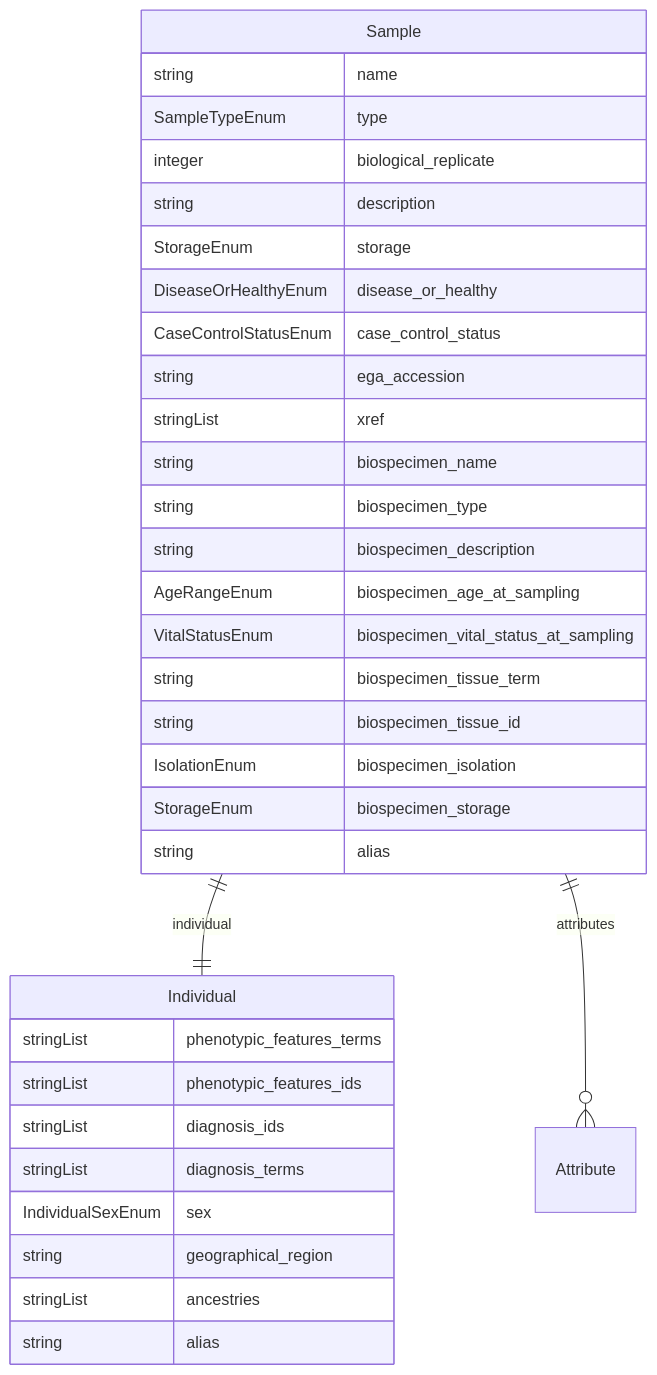
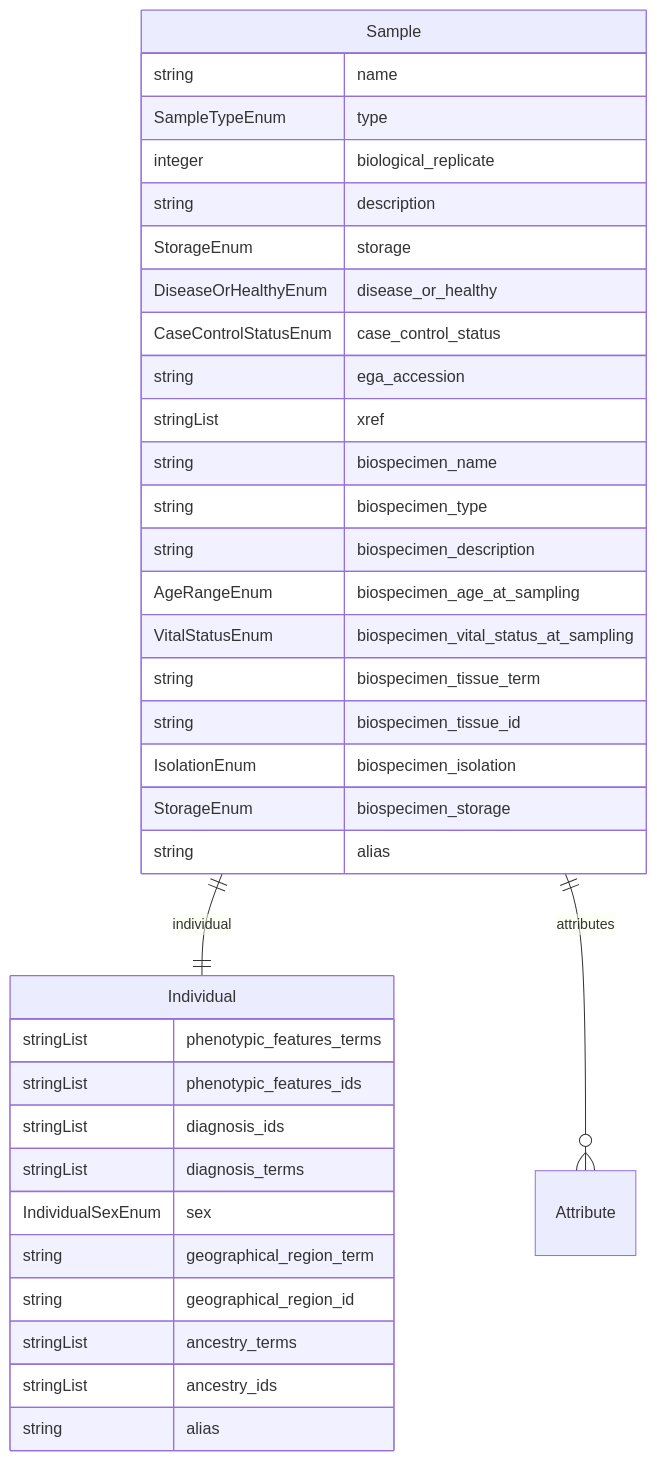
The fourth of 5 diagrams in docs/entity_relations.md (ghga-de/ghga-metadata-schema), drawn with Mermaid before and after one commit. The commit also changed other lines of this file and 30 other files, not shown here.

````diff
--- a/docs/entity_relations.md
+++ b/docs/entity_relations.md
@@ -171,38 +171,40 @@
 ```mermaid
 erDiagram
 Individual {
     stringList phenotypic_features_terms  
     stringList phenotypic_features_ids  
     stringList diagnosis_ids  
     stringList diagnosis_terms  
     IndividualSexEnum sex  
-    string geographical_region  
-    stringList ancestries  
+    string geographical_region_term  
+    string geographical_region_id  
+    stringList ancestry_terms  
+    stringList ancestry_ids  
     string alias  
 }
 Sample {
     string name  
     SampleTypeEnum type  
     integer biological_replicate  
     string description  
     StorageEnum storage  
     DiseaseOrHealthyEnum disease_or_healthy  
     CaseControlStatusEnum case_control_status  
     string ega_accession  
     stringList xref  
     string biospecimen_name  
     string biospecimen_type  
     string biospecimen_description  
     AgeRangeEnum biospecimen_age_at_sampling  
     VitalStatusEnum biospecimen_vital_status_at_sampling  
     string biospecimen_tissue_term  
     string biospecimen_tissue_id  
     IsolationEnum biospecimen_isolation  
     StorageEnum biospecimen_storage  
     string alias  
 }
 
 Sample ||--|| Individual : "individual"
 Sample ||--}o Attribute : "attributes"
 
 ```
````
